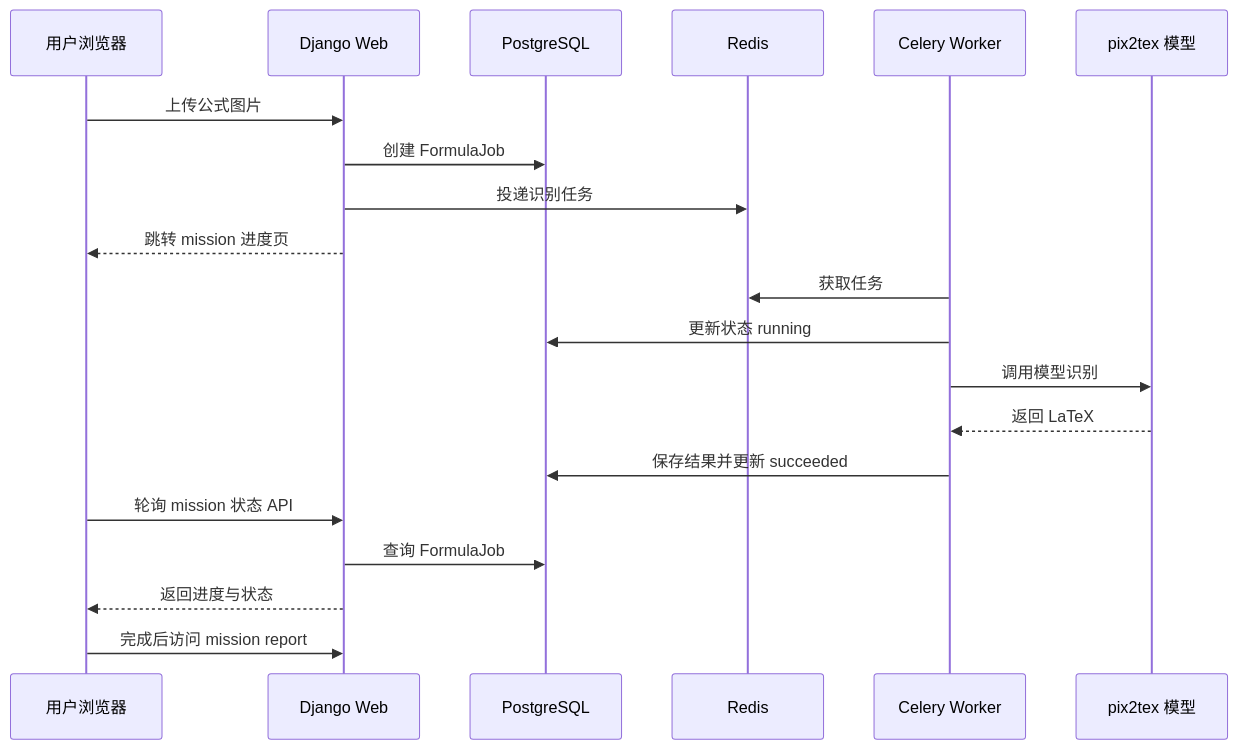
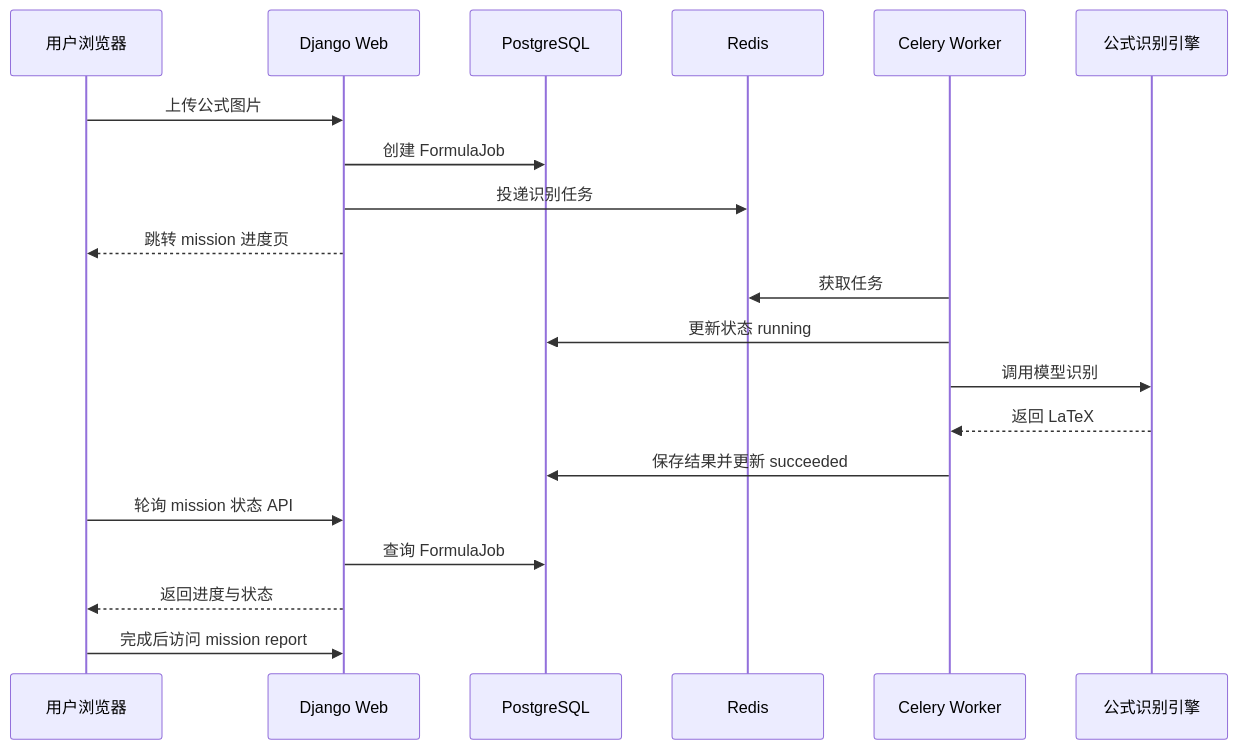
One commit to Timcai06/LinuxWeek11-Django-FormulaLab changed the diagram in docs/05-异步任务流程.md. Above: the diagram before and after it, drawn with Mermaid. The commit also changed other lines of this file and 52 other files, not shown here.

````diff
--- a/docs/05-异步任务流程.md
+++ b/docs/05-异步任务流程.md
@@ -13,23 +13,23 @@
 ```mermaid
 sequenceDiagram
     participant U as 用户浏览器
     participant W as Django Web
     participant P as PostgreSQL
     participant R as Redis
     participant C as Celery Worker
-    participant M as pix2tex 模型
+    participant M as 公式识别引擎
 
     U->>W: 上传公式图片
     W->>P: 创建 FormulaJob
     W->>R: 投递识别任务
     W-->>U: 跳转 mission 进度页
     C->>R: 获取任务
     C->>P: 更新状态 running
     C->>M: 调用模型识别
     M-->>C: 返回 LaTeX
     C->>P: 保存结果并更新 succeeded
     U->>W: 轮询 mission 状态 API
     W->>P: 查询 FormulaJob
     W-->>U: 返回进度与状态
     U->>W: 完成后访问 mission report
 ```
````
